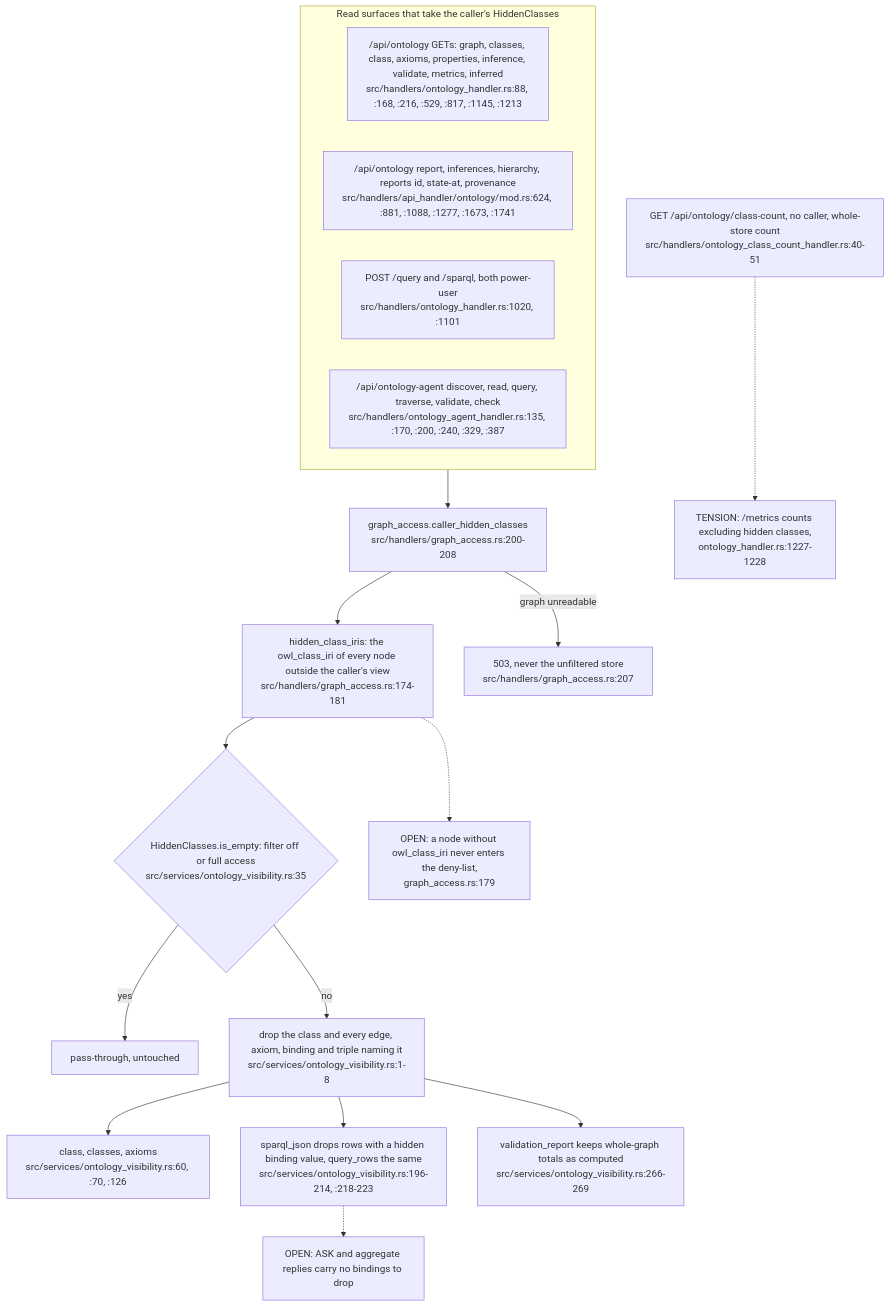
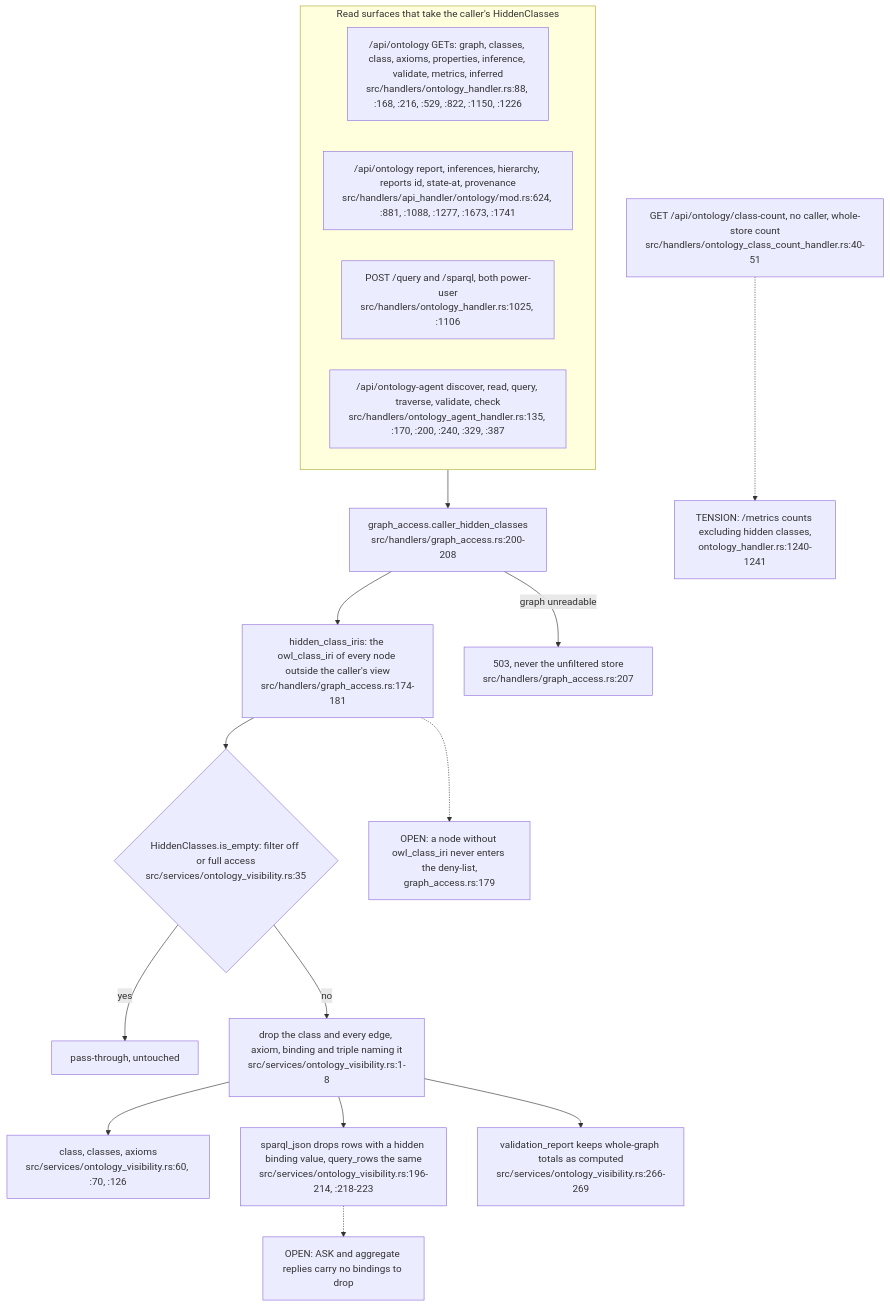
Before and after one commit to DreamLab-AI/VisionFlow: diagram 12 of 12 in docs/diagrams/visionclaw/20-ontology-pipeline-oxigraph-whelk.md, drawn with Mermaid. The commit also changed other lines of this file and 81 other files, not shown here.

First line of the commit message:
docs(diagrams): roll VisionClaw topics to main 010e1109b (PR 37 and 38 merged); fix remaining prose citations

````diff
--- a/docs/diagrams/visionclaw/20-ontology-pipeline-oxigraph-whelk.md
+++ b/docs/diagrams/visionclaw/20-ontology-pipeline-oxigraph-whelk.md
@@ -452,21 +436,21 @@
 ```mermaid
 flowchart TB
     subgraph ROUTES["Read surfaces that take the caller's HiddenClasses"]
-        OR["/api/ontology GETs: graph, classes, class, axioms, properties, inference, validate, metrics, inferred<br/>src/handlers/ontology_handler.rs:88, :168, :216, :529, :817, :1145, :1213"]
+        OR["/api/ontology GETs: graph, classes, class, axioms, properties, inference, validate, metrics, inferred<br/>src/handlers/ontology_handler.rs:88, :168, :216, :529, :822, :1150, :1226"]
         OM["/api/ontology report, inferences, hierarchy, reports id, state-at, provenance<br/>src/handlers/api_handler/ontology/mod.rs:624, :881, :1088, :1277, :1673, :1741"]
-        SQ["POST /query and /sparql, both power-user<br/>src/handlers/ontology_handler.rs:1020, :1101"]
+        SQ["POST /query and /sparql, both power-user<br/>src/handlers/ontology_handler.rs:1025, :1106"]
         AG["/api/ontology-agent discover, read, query, traverse, validate, check<br/>src/handlers/ontology_agent_handler.rs:135, :170, :200, :240, :329, :387"]
     end
     ROUTES --> CH["graph_access.caller_hidden_classes<br/>src/handlers/graph_access.rs:200-208"]
     CH --> HC["hidden_class_iris: the owl_class_iri of every node outside the caller's view<br/>src/handlers/graph_access.rs:174-181"]
     CH -->|"graph unreadable"| F503["503, never the unfiltered store<br/>src/handlers/graph_access.rs:207"]
     HC --> EMPTY{"HiddenClasses.is_empty: filter off or full access<br/>src/services/ontology_visibility.rs:35"}
     EMPTY -->|"yes"| PASS["pass-through, untouched"]
     EMPTY -->|"no"| SCRUB["drop the class and every edge, axiom, binding and triple naming it<br/>src/services/ontology_visibility.rs:1-8"]
     SCRUB --> S1["class, classes, axioms<br/>src/services/ontology_visibility.rs:60, :70, :126"]
     SCRUB --> S2["sparql_json drops rows with a hidden binding value, query_rows the same<br/>src/services/ontology_visibility.rs:196-214, :218-223"]
     SCRUB --> S3["validation_report keeps whole-graph totals as computed<br/>src/services/ontology_visibility.rs:266-269"]
     S2 -.-> R1["OPEN: ASK and aggregate replies carry no bindings to drop"]
     HC -.-> R2["OPEN: a node without owl_class_iri never enters the deny-list,<br/>graph_access.rs:179"]
-    CC["GET /api/ontology/class-count, no caller, whole-store count<br/>src/handlers/ontology_class_count_handler.rs:40-51"] -.-> R3["TENSION: /metrics counts excluding hidden classes,<br/>ontology_handler.rs:1227-1228"]
+    CC["GET /api/ontology/class-count, no caller, whole-store count<br/>src/handlers/ontology_class_count_handler.rs:40-51"] -.-> R3["TENSION: /metrics counts excluding hidden classes,<br/>ontology_handler.rs:1240-1241"]
 ```
````
